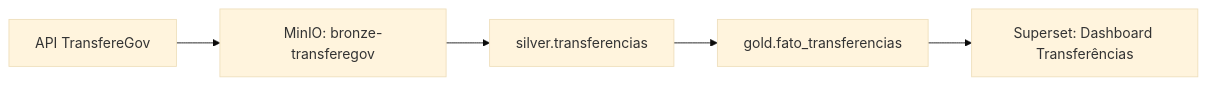
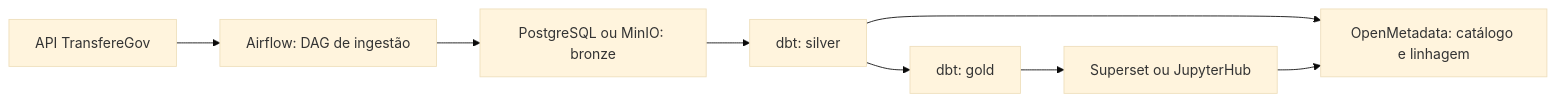
The diagram in docs/documentacao/governanca/openmetadata.md (GovHub-br/gov-hub-io), drawn with Mermaid (base theme) before and after one commit. The commit also changed other lines of this file and 3 other files, not shown here.

````diff
--- a/docs/documentacao/governanca/openmetadata.md
+++ b/docs/documentacao/governanca/openmetadata.md
@@ -35,7 +55,10 @@
 ```mermaid
 graph LR
-    A[API TransfereGov] --> B[MinIO: bronze-transferegov]
-    B --> C[silver.transferencias]
-    C --> D[gold.fato_transferencias]
-    D --> E[Superset: Dashboard Transferências]
+    A[API TransfereGov] --> B[Airflow: DAG de ingestão]
+    B --> C[PostgreSQL ou MinIO: bronze]
+    C --> D[dbt: silver]
+    D --> E[dbt: gold]
+    E --> F[Superset ou JupyterHub]
+    D --> G[OpenMetadata: catálogo e linhagem]
+    F --> G
 ```
````
